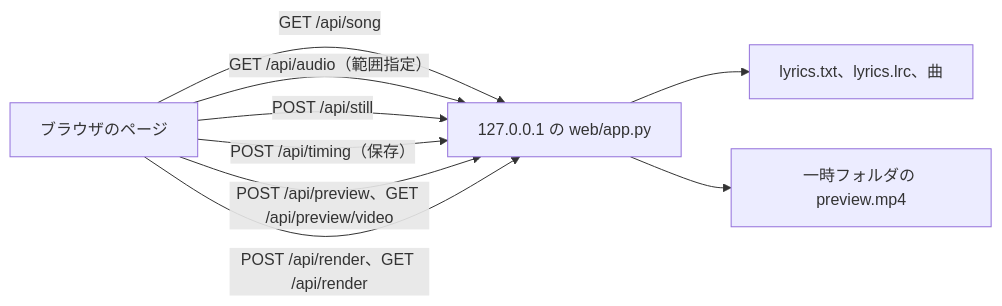
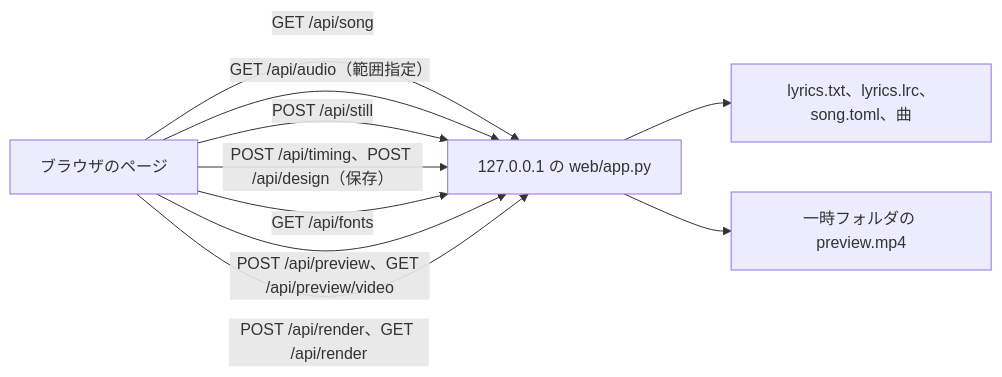
Before and after one commit to musica-sanare/lyrics-video-app: the third of 3 diagrams in docs/ja/ARCHITECTURE.md, drawn with Mermaid. The commit also changed other lines of this file and 23 other files, not shown here.

````diff
--- a/docs/ja/ARCHITECTURE.md
+++ b/docs/ja/ARCHITECTURE.md
@@ -101,14 +101,15 @@
 ```mermaid
 flowchart LR
   page["ブラウザのページ"]
   server["127.0.0.1 の web/app.py"]
-  files["lyrics.txt、lyrics.lrc、曲"]
+  files["lyrics.txt、lyrics.lrc、song.toml、曲"]
   page -->|"GET /api/song"| server
   page -->|"GET /api/audio（範囲指定）"| server
   page -->|"POST /api/still"| server
-  page -->|"POST /api/timing（保存）"| server
+  page -->|"POST /api/timing、POST /api/design（保存）"| server
+  page -->|"GET /api/fonts"| server
   page -->|"POST /api/preview、GET /api/preview/video"| server
   page -->|"POST /api/render、GET /api/render"| server
   server --> files
   server --> temp["一時フォルダの preview.mp4"]
 ```
````
